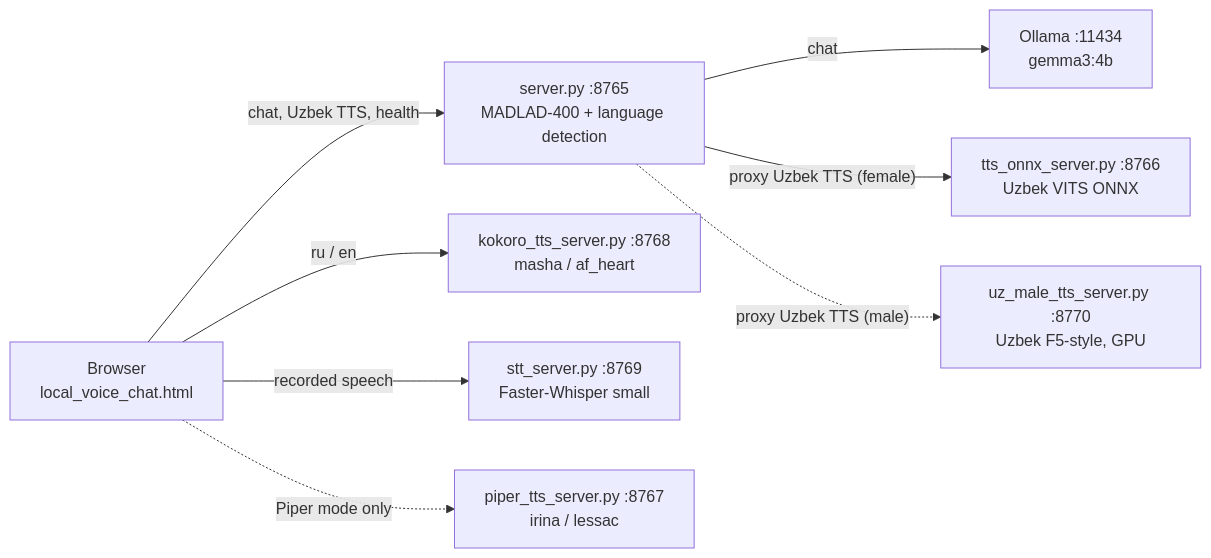
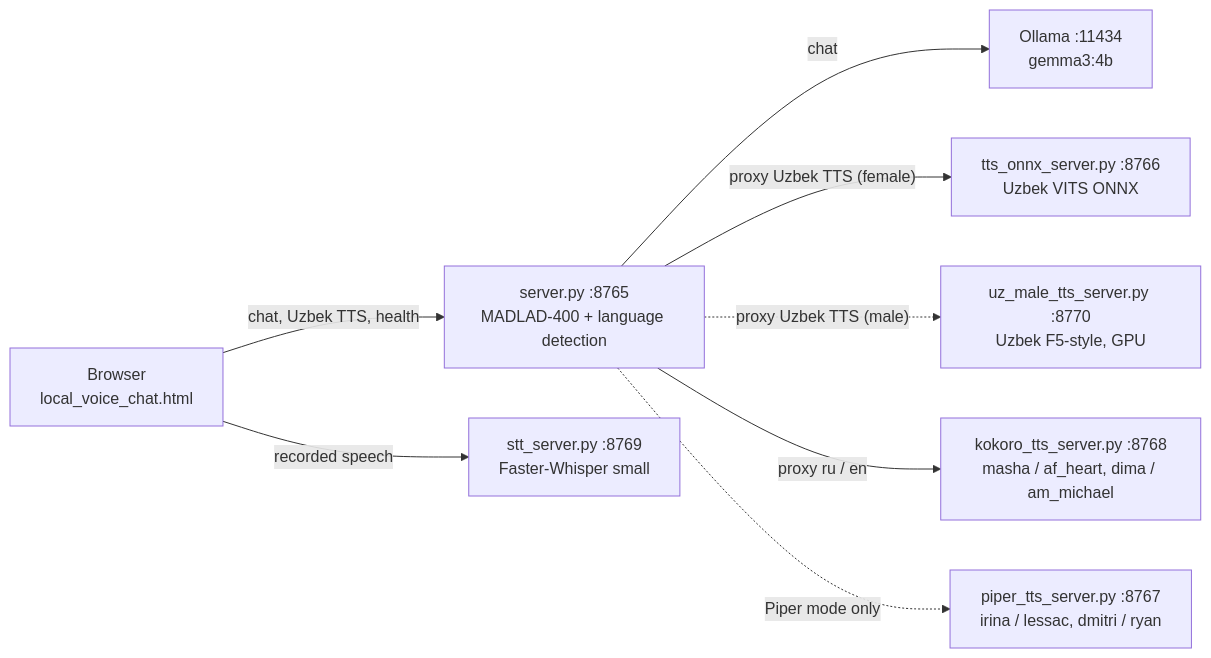
The diagram in README.md (FirdavsNurmatov/local-ai-voice-assistant), drawn with Mermaid before and after one commit. The commit also changed 11 other files, not shown here.

First line of the commit message:
Proxy Russian/English voices through server.py so they work on phones

````diff
--- a/README.md
+++ b/README.md
@@ -44,10 +44,10 @@
 ```mermaid
 flowchart LR
     B["Browser<br/>local_voice_chat.html"] -->|"chat, Uzbek TTS, health"| S["server.py :8765<br/>MADLAD-400 + language detection"]
     S -->|"chat"| O["Ollama :11434<br/>gemma3:4b"]
     S -->|"proxy Uzbek TTS (female)"| U["tts_onnx_server.py :8766<br/>Uzbek VITS ONNX"]
     S -.->|"proxy Uzbek TTS (male)"| M["uz_male_tts_server.py :8770<br/>Uzbek F5-style, GPU"]
-    B -->|"ru / en"| K["kokoro_tts_server.py :8768<br/>masha / af_heart"]
+    S -->|"proxy ru / en"| K["kokoro_tts_server.py :8768<br/>masha / af_heart, dima / am_michael"]
     B -->|"recorded speech"| W["stt_server.py :8769<br/>Faster-Whisper small"]
-    B -.->|"Piper mode only"| P["piper_tts_server.py :8767<br/>irina / lessac"]
+    S -.->|"Piper mode only"| P["piper_tts_server.py :8767<br/>irina / lessac, dmitri / ryan"]
 ```
````
